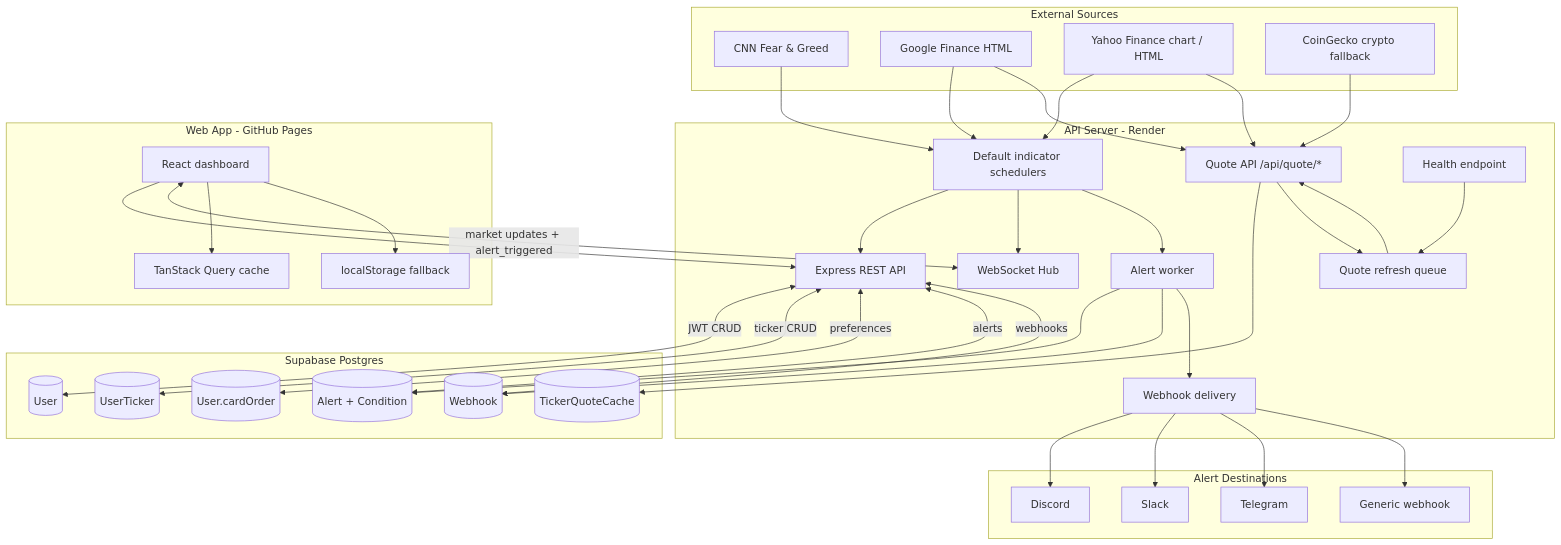
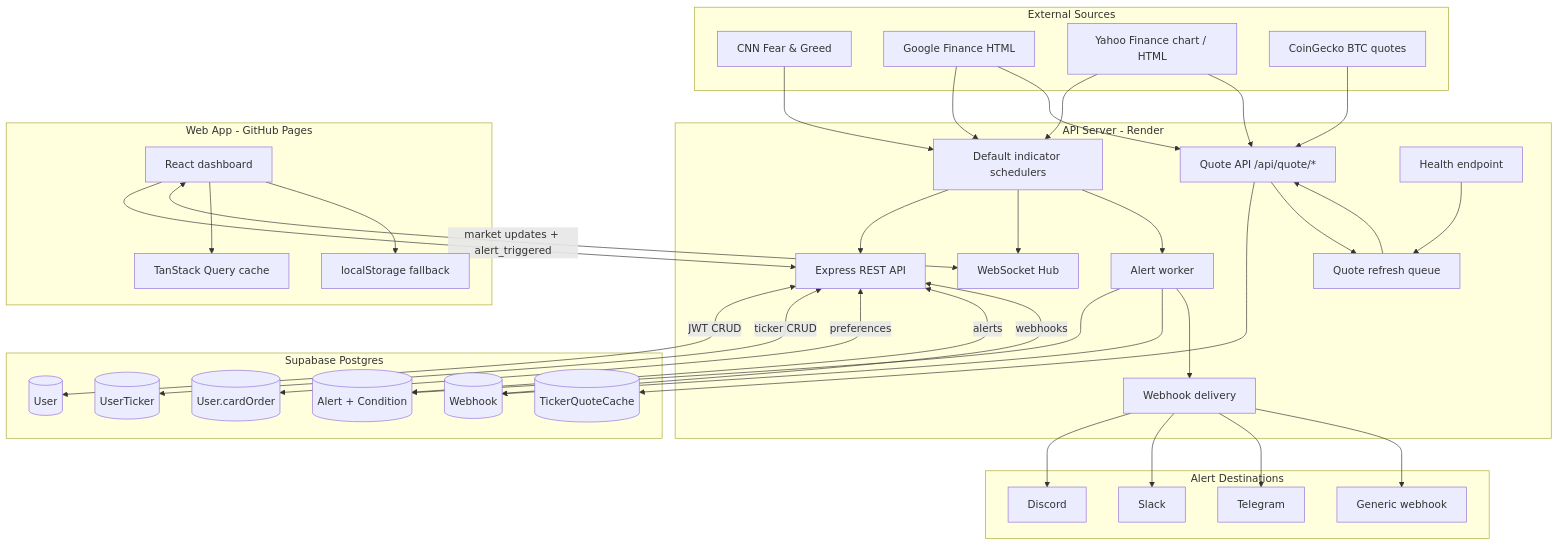
The diagram in README.md (itswcl/fg-index), drawn with Mermaid before and after one commit. The commit also changed other lines of this file and 3 other files, not shown here.

````diff
--- a/README.md
+++ b/README.md
@@ -65,75 +65,75 @@
 ```mermaid
 graph TD
     subgraph Sources["External Sources"]
         CNN["CNN Fear & Greed"]
         GOOG["Google Finance HTML"]
         YHOO["Yahoo Finance chart / HTML"]
-        CG["CoinGecko crypto fallback"]
+        CG["CoinGecko BTC quotes"]
     end
 
     subgraph Backend["API Server - Render"]
         API["Express REST API"]
         WS["WebSocket Hub"]
         SCHED["Default indicator schedulers"]
         QAPI["Quote API /api/quote/*"]
         QQUEUE["Quote refresh queue"]
         ALERTS["Alert worker"]
         DELIVERY["Webhook delivery"]
         HEALTH["Health endpoint"]
     end
 
     subgraph DB["Supabase Postgres"]
         USERS[("User")]
         USER_TICKERS[("UserTicker")]
         QUOTE_CACHE[("TickerQuoteCache")]
         ALERT_ROWS[("Alert + Condition")]
         WEBHOOK_ROWS[("Webhook")]
         PREFS[("User.cardOrder")]
     end
 
     subgraph Client["Web App - GitHub Pages"]
         WEB["React dashboard"]
         RQ["TanStack Query cache"]
         LS["localStorage fallback"]
     end
 
     subgraph Destinations["Alert Destinations"]
         DISCORD["Discord"]
         SLACK["Slack"]
         TG["Telegram"]
         GENERIC["Generic webhook"]
     end
 
     CNN --> SCHED
     GOOG --> SCHED
     YHOO --> SCHED
     GOOG --> QAPI
     YHOO --> QAPI
     CG --> QAPI
 
     SCHED --> API
     SCHED --> WS
     SCHED --> ALERTS
     QAPI --> QUOTE_CACHE
     QAPI --> QQUEUE
     QQUEUE --> QAPI
     HEALTH --> QQUEUE
 
     WEB --> API
     WEB <-->|"market updates + alert_triggered"| WS
     WEB --> RQ
     WEB --> LS
 
     API <-->|"JWT CRUD"| USERS
     API <-->|"ticker CRUD"| USER_TICKERS
     API <-->|"preferences"| PREFS
     API <-->|"alerts"| ALERT_ROWS
     API <-->|"webhooks"| WEBHOOK_ROWS
     ALERTS --> ALERT_ROWS
     ALERTS --> WEBHOOK_ROWS
     ALERTS --> DELIVERY
     DELIVERY --> DISCORD
     DELIVERY --> SLACK
     DELIVERY --> TG
     DELIVERY --> GENERIC
 ```
````
